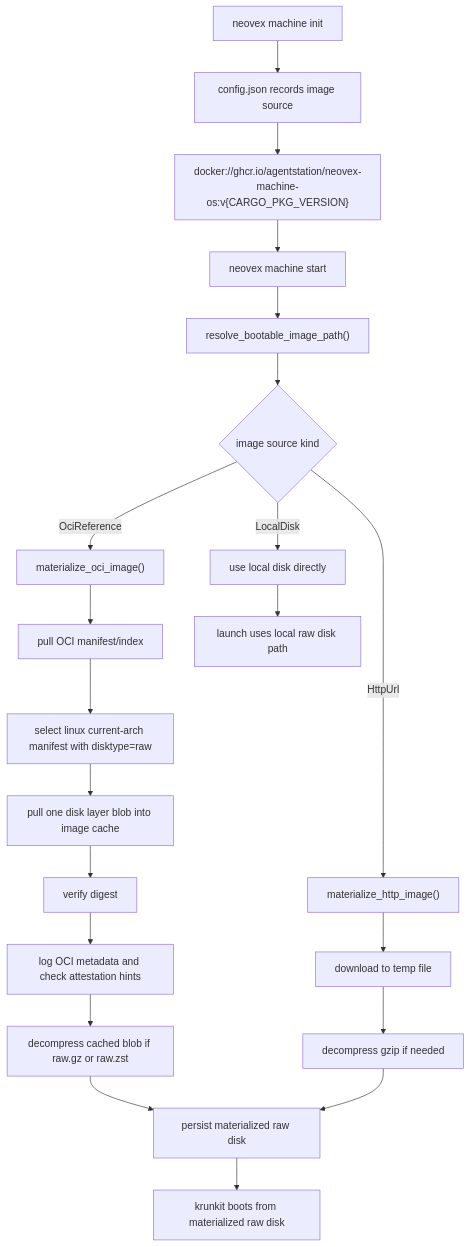
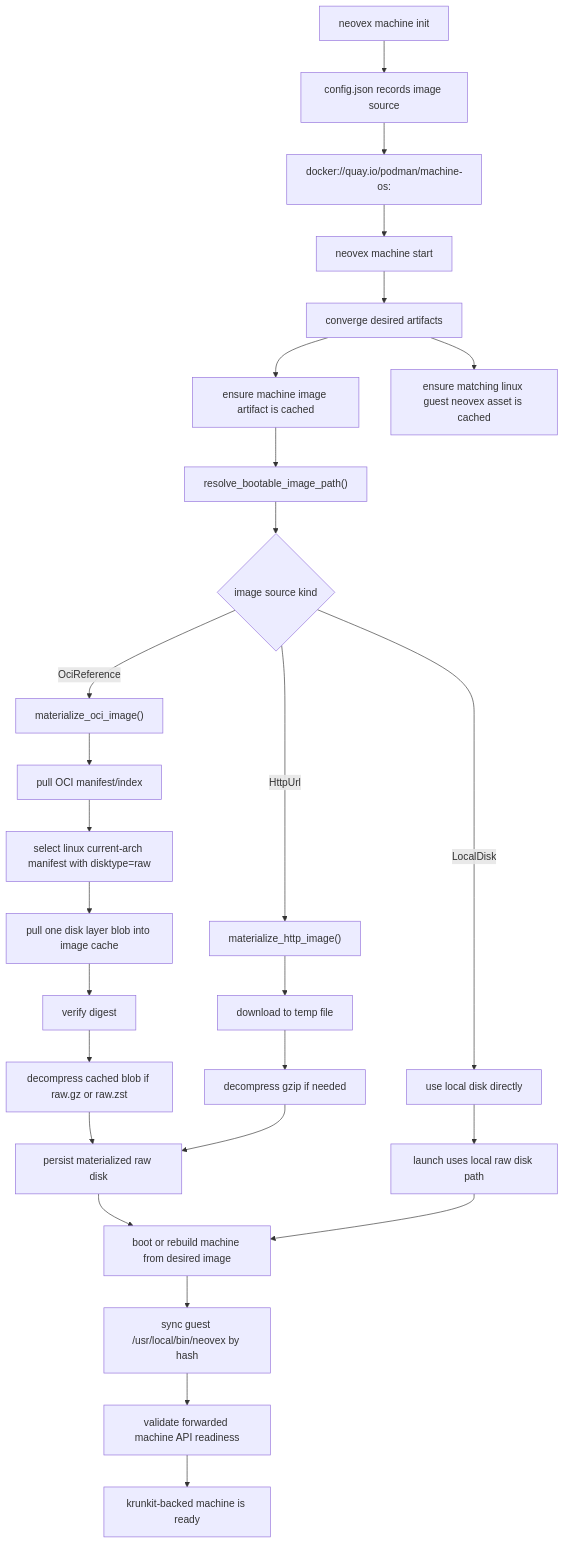
Before and after one commit to nimbus/nimbus: the third of 6 diagrams in docs/reference/macos-machine-flow.md, drawn with Mermaid. The commit also changed other lines of this file and 56 other files, not shown here.

````diff
--- a/docs/reference/macos-machine-flow.md
+++ b/docs/reference/macos-machine-flow.md
@@ -121,26 +155,32 @@
 ```mermaid
 flowchart TD
     A["neovex machine init"] --> B["config.json records image source"]
-    B --> C["docker://ghcr.io/agentstation/neovex-machine-os:v{CARGO_PKG_VERSION}"]
+    B --> C["docker://quay.io/podman/machine-os:<pinned-ref-or-digest>"]
     C --> D["neovex machine start"]
-    D --> E["resolve_bootable_image_path()"]
-    E --> F{"image source kind"}
-    F -->|OciReference| G["materialize_oci_image()"]
-    F -->|HttpUrl| H["materialize_http_image()"]
-    F -->|LocalDisk| I["use local disk directly"]
+    D --> E["converge desired artifacts"]
+    E --> F["ensure machine image artifact is cached"]
+    E --> G["ensure matching linux guest neovex asset is cached"]
+    F --> H["resolve_bootable_image_path()"]
+    H --> I{"image source kind"}
+    I -->|OciReference| J["materialize_oci_image()"]
+    I -->|HttpUrl| K["materialize_http_image()"]
+    I -->|LocalDisk| L["use local disk directly"]
 
-    G --> J["pull OCI manifest/index"]
-    J --> K["select linux current-arch manifest with disktype=raw"]
-    K --> L["pull one disk layer blob into image cache"]
-    L --> M["verify digest"]
-    M --> N["log OCI metadata and check attestation hints"]
-    N --> O["decompress cached blob if raw.gz or raw.zst"]
-    O --> P["persist materialized raw disk"]
+    J --> M["pull OCI manifest/index"]
+    M --> N["select linux current-arch manifest with disktype=raw"]
+    N --> O["pull one disk layer blob into image cache"]
+    O --> P["verify digest"]
+    P --> Q["decompress cached blob if raw.gz or raw.zst"]
+    Q --> R["persist materialized raw disk"]
 
-    H --> Q["download to temp file"]
-    Q --> R["decompress gzip if needed"]
-    R --> P
+    K --> S["download to temp file"]
+    S --> T["decompress gzip if needed"]
+    T --> R
 
-    I --> S["launch uses local raw disk path"]
-    P --> T["krunkit boots from materialized raw disk"]
+    L --> U["launch uses local raw disk path"]
+    R --> V["boot or rebuild machine from desired image"]
+    U --> V
+    V --> W["sync guest /usr/local/bin/neovex by hash"]
+    W --> X["validate forwarded machine API readiness"]
+    X --> Y["krunkit-backed machine is ready"]
 ```
````
